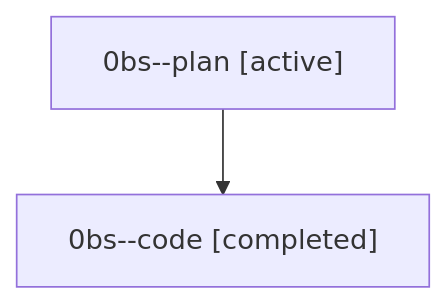
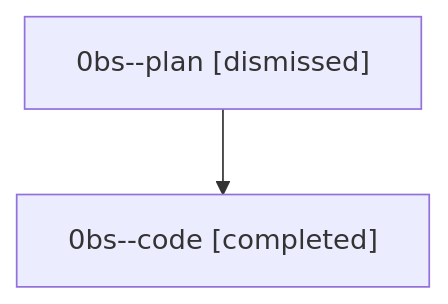
One commit to sase-org/sase--agents changed the diagram in sessions/bbugyi200.athena.0bs.md. Above: the diagram before and after it, drawn with Mermaid. The commit also changed other lines of this file and 33 other files, not shown here.

````diff
--- a/sessions/bbugyi200.athena.0bs.md
+++ b/sessions/bbugyi200.athena.0bs.md
@@ -9,6 +9,6 @@
 ```mermaid
 flowchart TD
-  n0["0bs--plan [active]"]
+  n0["0bs--plan [dismissed]"]
   n1["0bs--code [completed]"]
   n0 --> n1
 ```
````
